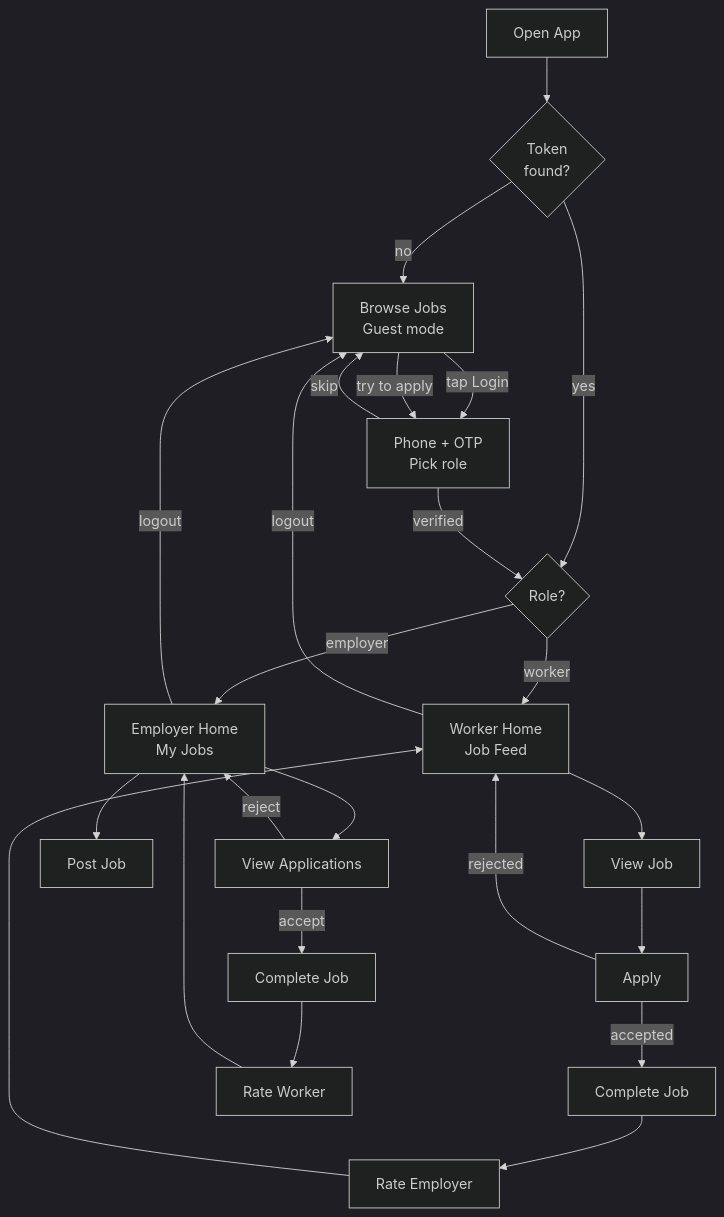
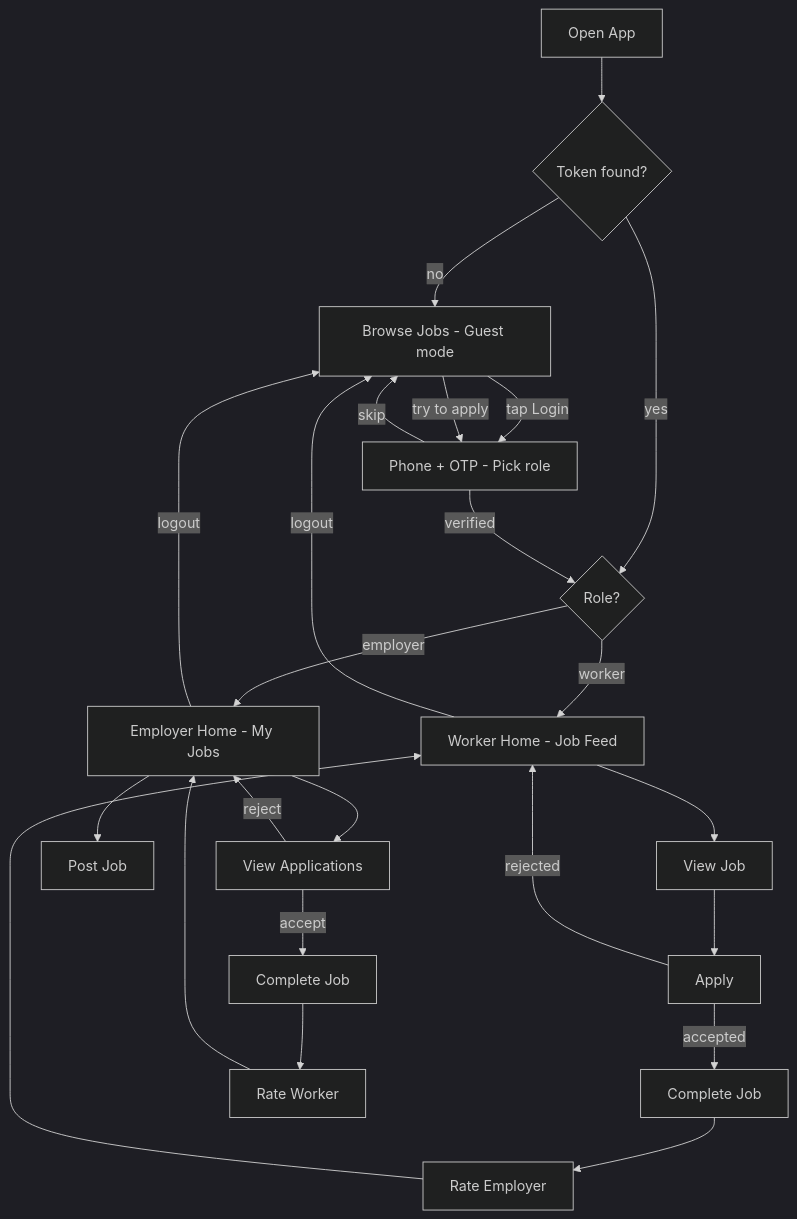
The second of 2 diagrams in README.md (Chainucha/dailywork), drawn with Mermaid (dark theme) before and after one commit. The commit also changed other lines of this file and 15 other files, not shown here.

````diff
--- a/README.md
+++ b/README.md
@@ -41,27 +53,27 @@
 ```mermaid
 flowchart TD
-    OPEN[Open App] --> SPLASH{Token\nfound?}
-    SPLASH -- no --> BROWSE[Browse Jobs\nGuest mode]
+    OPEN[Open App] --> SPLASH{Token found?}
+    SPLASH -- no --> BROWSE[Browse Jobs - Guest mode]
     SPLASH -- yes --> ROLE
 
-    BROWSE -- tap Login --> LOGIN[Phone + OTP\nPick role]
+    BROWSE -- tap Login --> LOGIN[Phone + OTP - Pick role]
     BROWSE -- try to apply --> LOGIN
 
     LOGIN -- verified --> ROLE{Role?}
     LOGIN -- skip --> BROWSE
 
-    ROLE -- worker --> W[Worker Home\nJob Feed]
-    ROLE -- employer --> E[Employer Home\nMy Jobs]
+    ROLE -- worker --> W[Worker Home - Job Feed]
+    ROLE -- employer --> E[Employer Home - My Jobs]
 
     W --> WD[View Job] --> WA[Apply]
     WA -- accepted --> WC[Complete Job] --> WR[Rate Employer] --> W
     WA -- rejected --> W
 
     E --> EP[Post Job]
     E --> ED[View Applications]
     ED -- accept --> EC[Complete Job] --> ER[Rate Worker] --> E
     ED -- reject --> E
 
     W -- logout --> BROWSE
     E -- logout --> BROWSE
 ```
````
